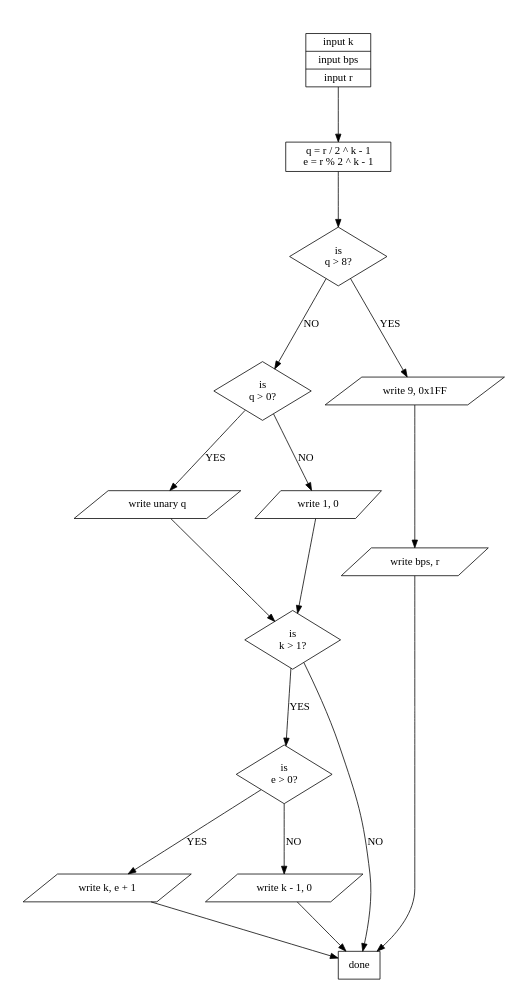
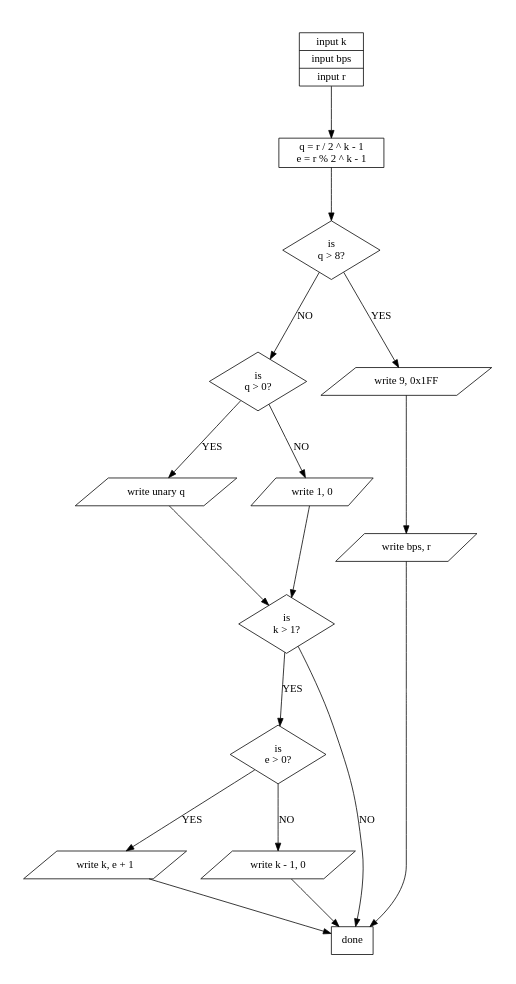
One commit to tuffy/python-audio-tools changed the diagram in docs/reference/figures/alac_write_residual.dot. Above: the diagram before and after it, drawn with Graphviz. The commit also changed 12 other files, not shown here.

```diff
--- a/docs/reference/figures/alac_write_residual.dot
+++ b/docs/reference/figures/alac_write_residual.dot
@@ -1,36 +1,38 @@
 digraph write_alac_residual {
   size="2.5,5";
+  node [fontname="DejaVuSans"];
+  edge [fontname="DejaVuSans"];
   ratio=fill;
   margin=0;
   init [shape=record,label="{input k|input bps|input r}"];
   init_q_e [shape=box,label="q = r / 2 ^ k - 1\ne = r % 2 ^ k - 1"];
   q_test_8 [shape=diamond,label="is\nq > 8?"];
   q_test_0 [shape=diamond,label="is\nq > 0?"];
   write_unary_q [shape=parallelogram,label="write unary q"];
   write_1_0 [shape=parallelogram,label="write 1, 0"];
   write_9_1FF [shape=parallelogram,label="write 9, 0x1FF"];
   write_bps_r [shape=parallelogram,label="write bps, r"];
   k_test [shape=diamond,label="is\nk > 1?"];
   e_test [shape=diamond,label="is\ne > 0?"];
   write_k_e [shape=parallelogram,label="write k, e + 1"];
   write_k_0 [shape=parallelogram,label="write k - 1, 0"];
 
   init -> init_q_e;
   init_q_e -> q_test_8;
   q_test_8 -> write_9_1FF [label="YES"];
   q_test_8 -> q_test_0 [label="NO"];
   write_9_1FF -> write_bps_r;
   write_bps_r -> done;
   q_test_0 -> write_unary_q [label="YES"];
   q_test_0 -> write_1_0 [label="NO"];
   write_unary_q -> k_test;
   write_1_0 -> k_test;
   k_test -> done [label="NO"];
   k_test -> e_test [label="YES"];
   e_test -> write_k_e [label="YES"];
   e_test -> write_k_0 [label="NO"];
   write_k_e -> done;
   write_k_0 -> done;
 
   done [shape=box,label="done"];
 }
```
